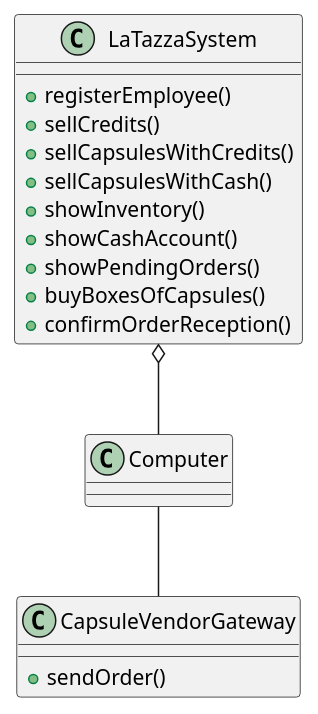
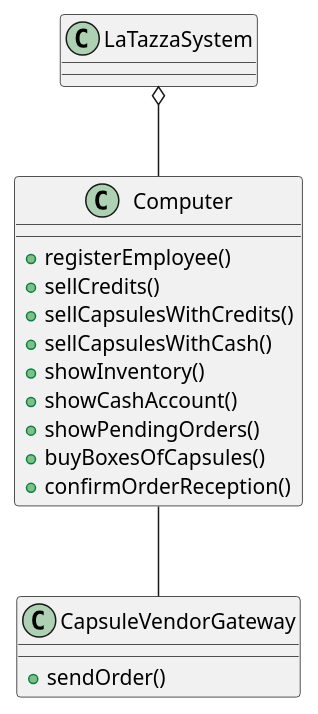
One commit to eloparco/LaTazza changed the fourth of 4 diagrams in requirements.md. Above: the diagram before and after it, drawn with PlantUML. The commit also changed other lines of this file, not shown here.

````diff
--- a/requirements.md
+++ b/requirements.md
@@ -304,24 +304,24 @@
 ```plantuml
 class LaTazzaSystem {
+}
+
+class Computer {
   +registerEmployee()
   +sellCredits()
   +sellCapsulesWithCredits()
   +sellCapsulesWithCash()
   +showInventory()
   +showCashAccount()
   +showPendingOrders()
   +buyBoxesOfCapsules()
   +confirmOrderReception()
 }
 
-class Computer {
-}
-
 class CapsuleVendorGateway {
   +sendOrder()
 }
 
 LaTazzaSystem o-- Computer
 
 Computer -- CapsuleVendorGateway
 ```
````
